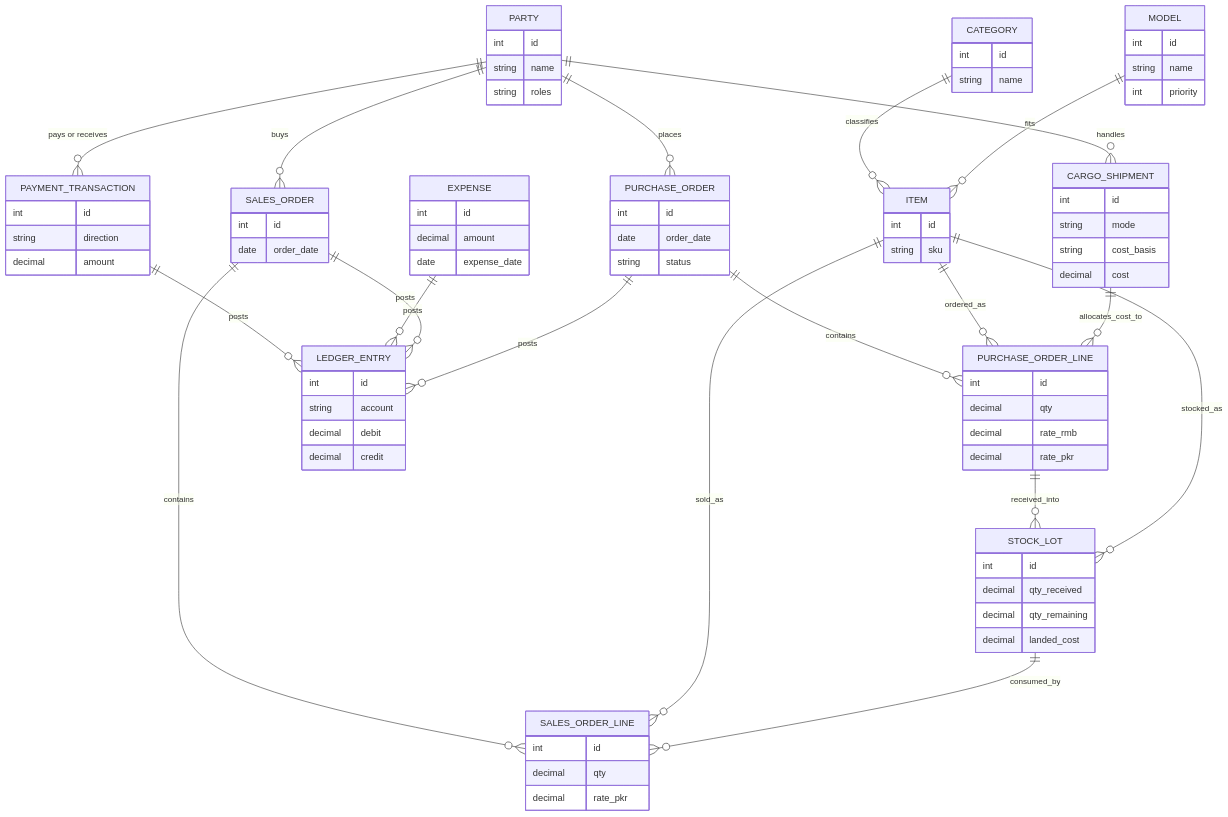
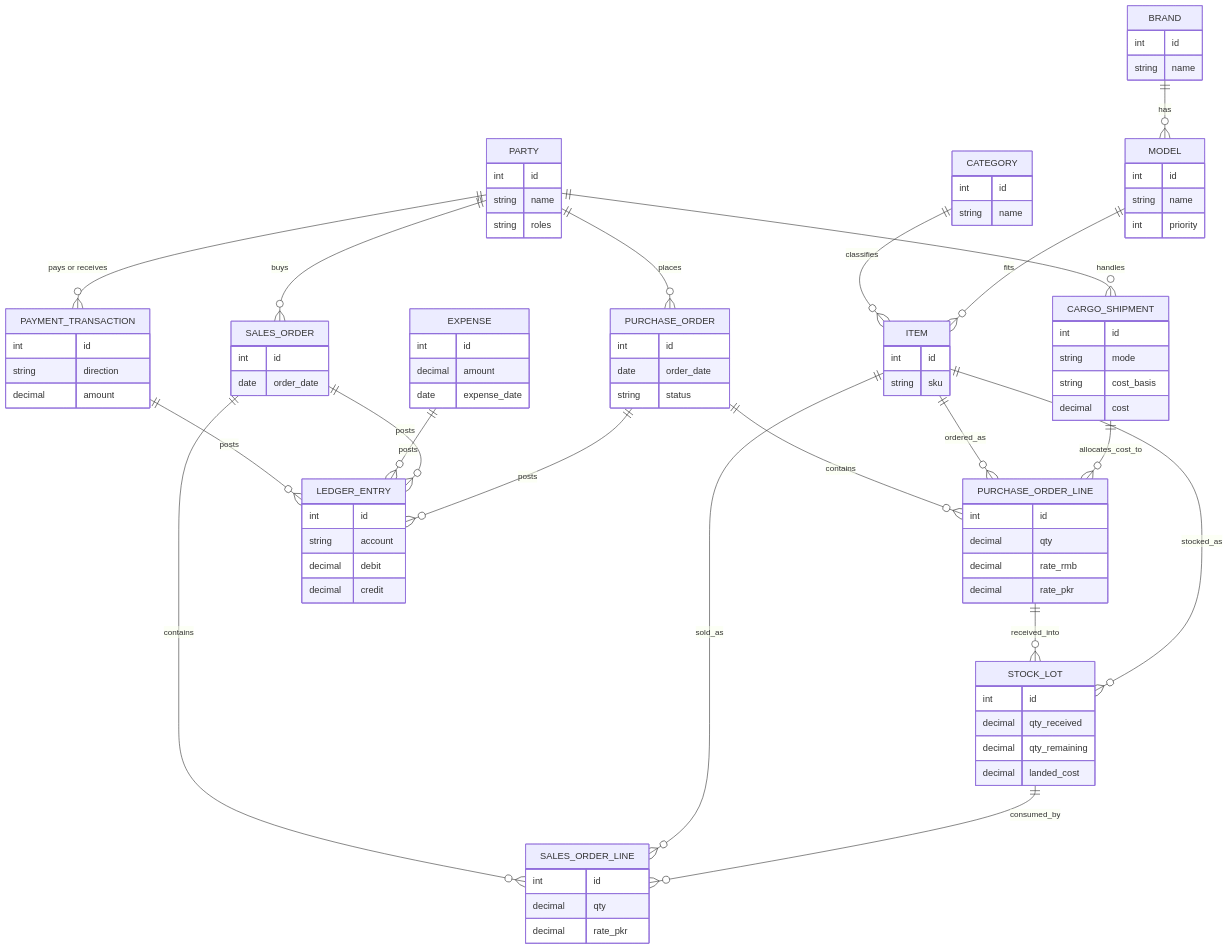
Before and after one commit to taha867/Trading-System: the diagram in PLAN.md, drawn with Mermaid. The commit also changed other lines of this file and 13 other files, not shown here.

First line of the commit message:
Add Brand as a catalog level: Category / Brand / Model / Item

````diff
--- a/PLAN.md
+++ b/PLAN.md
@@ -77,39 +77,41 @@
 ```mermaid
 erDiagram
   PARTY {
     int id
     string name
     string roles
   }
   CATEGORY { int id string name }
+  BRAND { int id string name }
   MODEL { int id string name int priority }
   ITEM { int id string sku }
   PURCHASE_ORDER { int id date order_date string status }
   PURCHASE_ORDER_LINE { int id decimal qty decimal rate_rmb decimal rate_pkr }
   CARGO_SHIPMENT { int id string mode string cost_basis decimal cost }
   STOCK_LOT { int id decimal qty_received decimal qty_remaining decimal landed_cost }
   SALES_ORDER { int id date order_date }
   SALES_ORDER_LINE { int id decimal qty decimal rate_pkr }
   PAYMENT_TRANSACTION { int id string direction decimal amount }
   LEDGER_ENTRY { int id string account decimal debit decimal credit }
   EXPENSE { int id decimal amount date expense_date }
 
   PARTY ||--o{ PURCHASE_ORDER : places
   PARTY ||--o{ SALES_ORDER : buys
   PARTY ||--o{ CARGO_SHIPMENT : handles
   CATEGORY ||--o{ ITEM : classifies
+  BRAND ||--o{ MODEL : has
   MODEL ||--o{ ITEM : fits
   PURCHASE_ORDER ||--o{ PURCHASE_ORDER_LINE : contains
   ITEM ||--o{ PURCHASE_ORDER_LINE : ordered_as
   CARGO_SHIPMENT ||--o{ PURCHASE_ORDER_LINE : allocates_cost_to
   PURCHASE_ORDER_LINE ||--o{ STOCK_LOT : received_into
   ITEM ||--o{ STOCK_LOT : stocked_as
   SALES_ORDER ||--o{ SALES_ORDER_LINE : contains
   ITEM ||--o{ SALES_ORDER_LINE : sold_as
   STOCK_LOT ||--o{ SALES_ORDER_LINE : consumed_by
   PARTY ||--o{ PAYMENT_TRANSACTION : "pays or receives"
   PAYMENT_TRANSACTION ||--o{ LEDGER_ENTRY : posts
   EXPENSE ||--o{ LEDGER_ENTRY : posts
   SALES_ORDER ||--o{ LEDGER_ENTRY : posts
   PURCHASE_ORDER ||--o{ LEDGER_ENTRY : posts
 ```
````
